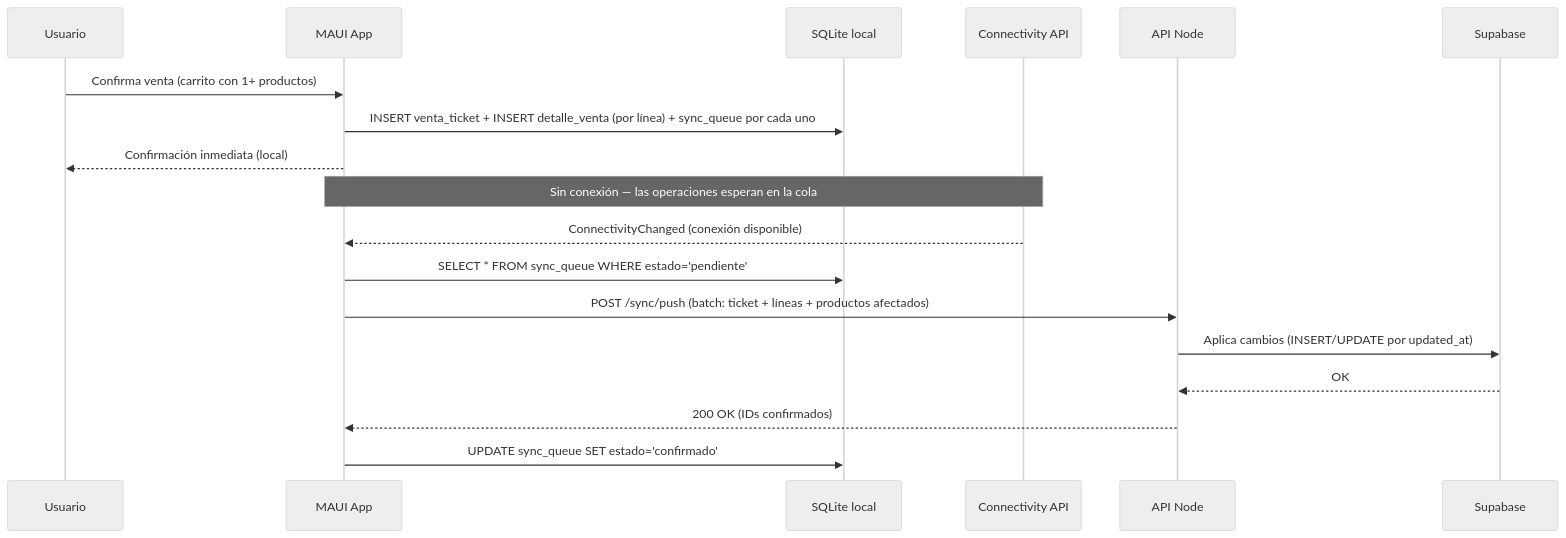
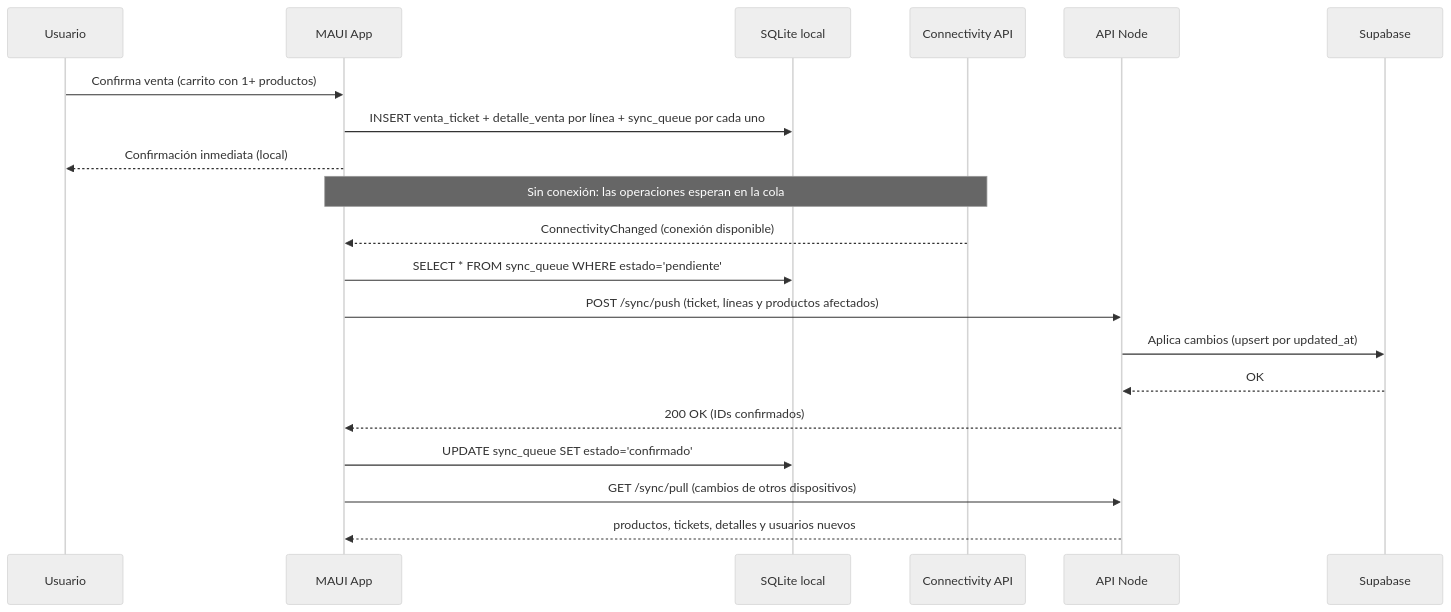
One commit to alexandrafs5/StockBridge changed the fourth of 7 diagrams in docs/arquitectura.md. Above: the diagram before and after it, drawn with Mermaid (neutral theme). The commit also changed other lines of this file and 1 other file, not shown here.

````diff
--- a/docs/arquitectura.md
+++ b/docs/arquitectura.md
@@ -161,23 +235,25 @@
 ```mermaid
 sequenceDiagram
     participant U as Usuario
     participant App as MAUI App
     participant DB as SQLite local
     participant Net as Connectivity API
     participant API as API Node
     participant PG as Supabase
 
     U->>App: Confirma venta (carrito con 1+ productos)
-    App->>DB: INSERT venta_ticket + INSERT detalle_venta (por línea) + sync_queue por cada uno
+    App->>DB: INSERT venta_ticket + detalle_venta por línea + sync_queue por cada uno
     App-->>U: Confirmación inmediata (local)
 
-    Note over App,Net: Sin conexión — las operaciones esperan en la cola
+    Note over App,Net: Sin conexión: las operaciones esperan en la cola
 
     Net-->>App: ConnectivityChanged (conexión disponible)
     App->>DB: SELECT * FROM sync_queue WHERE estado='pendiente'
-    App->>API: POST /sync/push (batch: ticket + líneas + productos afectados)
-    API->>PG: Aplica cambios (INSERT/UPDATE por updated_at)
+    App->>API: POST /sync/push (ticket, líneas y productos afectados)
+    API->>PG: Aplica cambios (upsert por updated_at)
     PG-->>API: OK
     API-->>App: 200 OK (IDs confirmados)
     App->>DB: UPDATE sync_queue SET estado='confirmado'
+    App->>API: GET /sync/pull (cambios de otros dispositivos)
+    API-->>App: productos, tickets, detalles y usuarios nuevos
 ```
````
